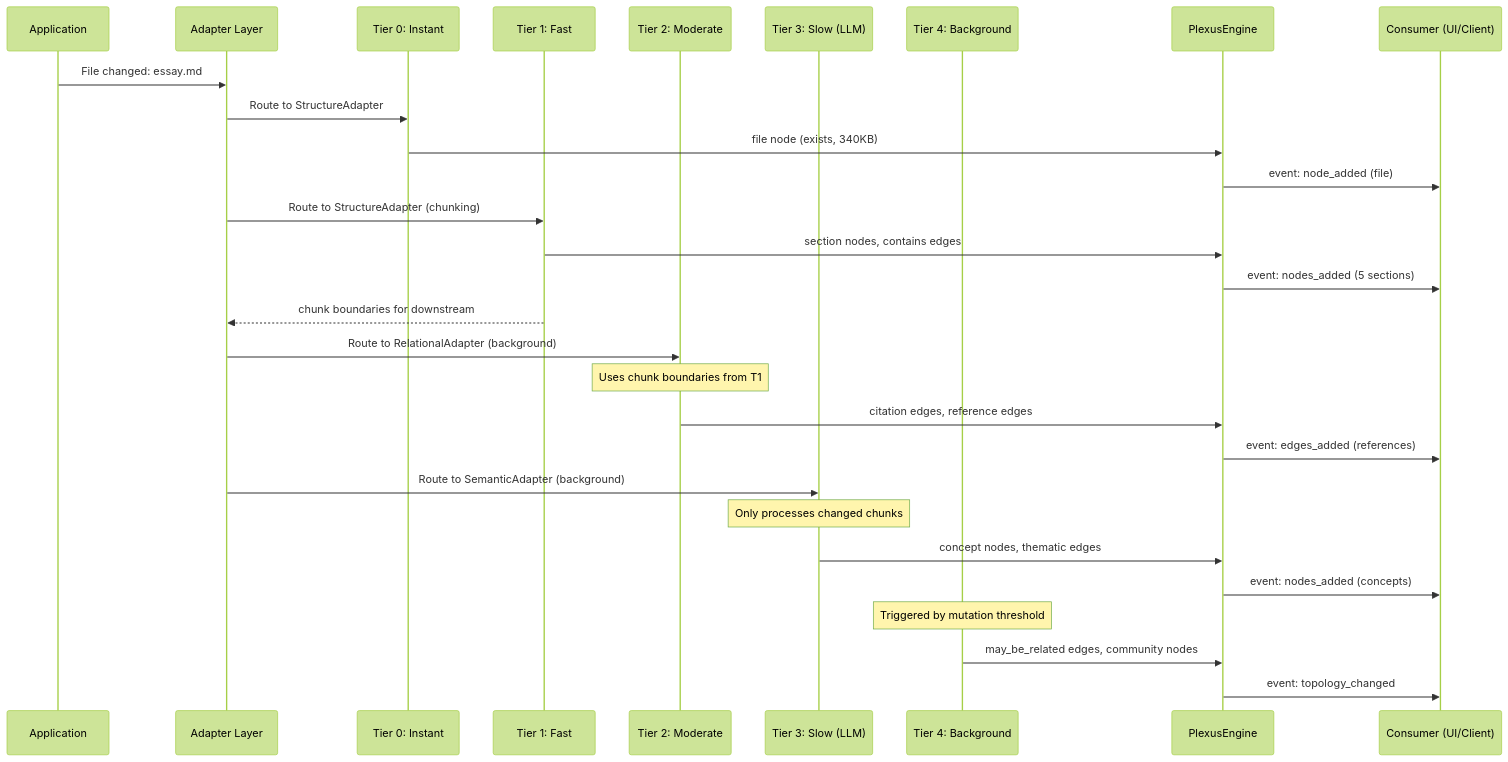
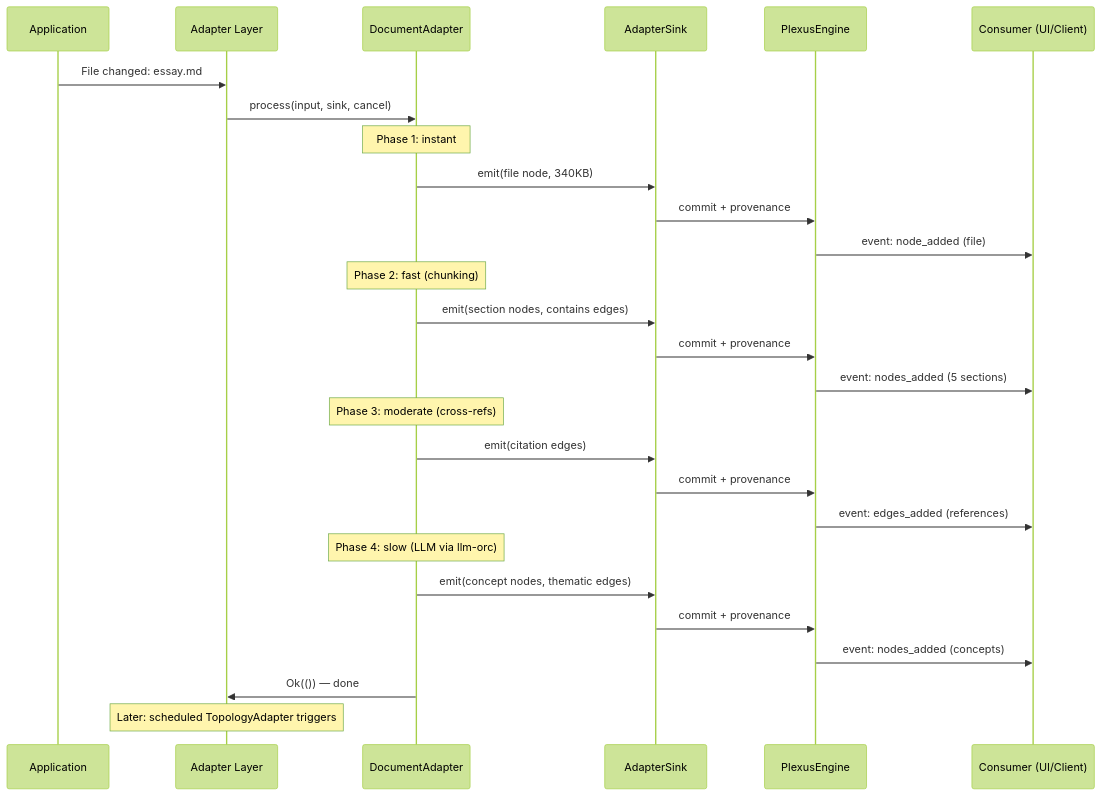
One commit to nrgforge/plexus changed the third of 13 diagrams in docs/semantic-adapters-diagrams.md. Above: the diagram before and after it, drawn with Mermaid (forest theme). The commit also changed other lines of this file and 2 other files, not shown here.

First line of the commit message:
docs: revise adapter design — coarse-grained, sink-based, scheduled

````diff
--- a/docs/semantic-adapters-diagrams.md
+++ b/docs/semantic-adapters-diagrams.md
@@ -152,36 +147,36 @@
 ```mermaid
 sequenceDiagram
     participant App as Application
     participant AL as Adapter Layer
-    participant T0 as Tier 0: Instant
-    participant T1 as Tier 1: Fast
-    participant T2 as Tier 2: Moderate
-    participant T3 as Tier 3: Slow (LLM)
-    participant T4 as Tier 4: Background
+    participant DA as DocumentAdapter
+    participant Sink as AdapterSink
     participant Engine as PlexusEngine
     participant UI as Consumer (UI/Client)
 
     App->>AL: File changed: essay.md
-    AL->>T0: Route to StructureAdapter
-    T0->>Engine: file node (exists, 340KB)
+    AL->>DA: process(input, sink, cancel)
+
+    Note over DA: Phase 1: instant
+    DA->>Sink: emit(file node, 340KB)
+    Sink->>Engine: commit + provenance
     Engine->>UI: event: node_added (file)
 
-    AL->>T1: Route to StructureAdapter (chunking)
-    T1->>Engine: section nodes, contains edges
+    Note over DA: Phase 2: fast (chunking)
+    DA->>Sink: emit(section nodes, contains edges)
+    Sink->>Engine: commit + provenance
     Engine->>UI: event: nodes_added (5 sections)
-    T1-->>AL: chunk boundaries for downstream
 
-    AL->>T2: Route to RelationalAdapter (background)
-    Note over T2: Uses chunk boundaries from T1
-    T2->>Engine: citation edges, reference edges
+    Note over DA: Phase 3: moderate (cross-refs)
+    DA->>Sink: emit(citation edges)
+    Sink->>Engine: commit + provenance
     Engine->>UI: event: edges_added (references)
 
-    AL->>T3: Route to SemanticAdapter (background)
-    Note over T3: Only processes changed chunks
-    T3->>Engine: concept nodes, thematic edges
+    Note over DA: Phase 4: slow (LLM via llm-orc)
+    DA->>Sink: emit(concept nodes, thematic edges)
+    Sink->>Engine: commit + provenance
     Engine->>UI: event: nodes_added (concepts)
 
-    Note over T4: Triggered by mutation threshold
-    T4->>Engine: may_be_related edges, community nodes
-    Engine->>UI: event: topology_changed
+    DA->>AL: Ok(()) — done
+
+    Note over AL: Later: scheduled TopologyAdapter triggers
 ```
````
